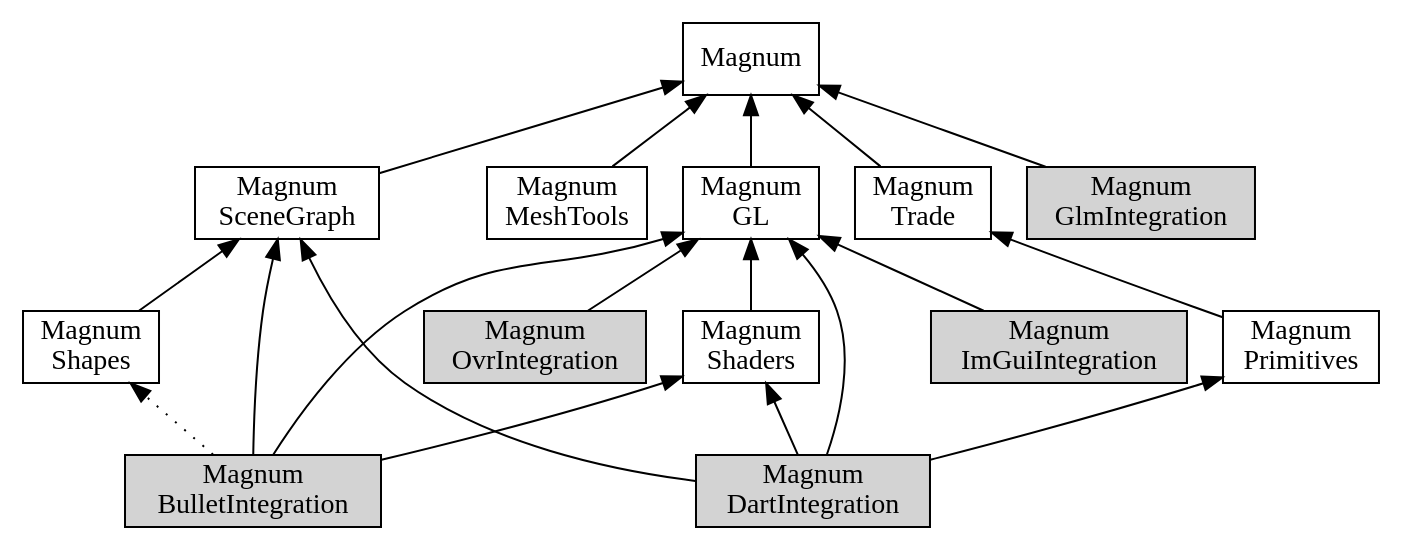
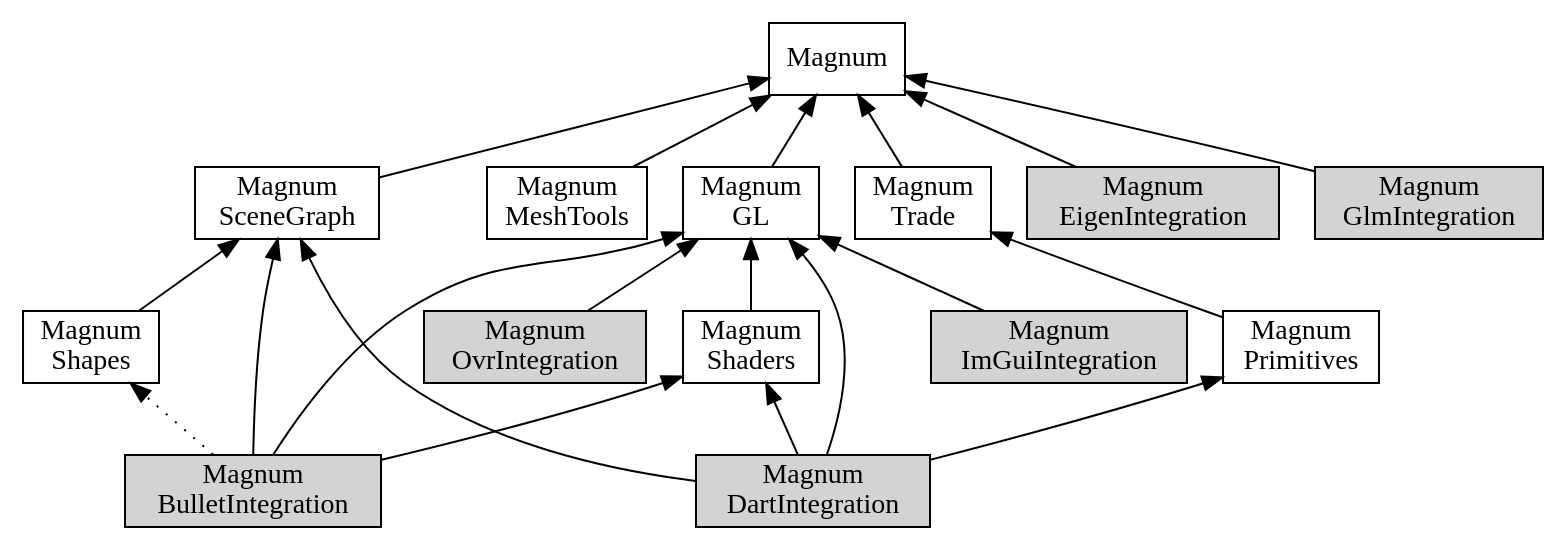
One commit to mosra/magnum-integration changed the diagram in doc/custom-buildsystems-integration-order.dot. Above: the diagram before and after it, drawn with Graphviz. The commit also changed 14 other files, not shown here.

Commit message:
New EigenIntegration library.

```diff
--- a/doc/custom-buildsystems-integration-order.dot
+++ b/doc/custom-buildsystems-integration-order.dot
@@ -1,67 +1,69 @@
 /*
     This file is part of Magnum.
 
     Copyright © 2010, 2011, 2012, 2013, 2014, 2015, 2016, 2017, 2018, 2019
               Vladimír Vondruš <mosra@centrum.cz>
 
     Permission is hereby granted, free of charge, to any person obtaining a
     copy of this software and associated documentation files (the "Software"),
     to deal in the Software without restriction, including without limitation
     the rights to use, copy, modify, merge, publish, distribute, sublicense,
     and/or sell copies of the Software, and to permit persons to whom the
     Software is furnished to do so, subject to the following conditions:
 
     The above copyright notice and this permission notice shall be included
     in all copies or substantial portions of the Software.
 
     THE SOFTWARE IS PROVIDED "AS IS", WITHOUT WARRANTY OF ANY KIND, EXPRESS OR
     IMPLIED, INCLUDING BUT NOT LIMITED TO THE WARRANTIES OF MERCHANTABILITY,
     FITNESS FOR A PARTICULAR PURPOSE AND NONINFRINGEMENT. IN NO EVENT SHALL
     THE AUTHORS OR COPYRIGHT HOLDERS BE LIABLE FOR ANY CLAIM, DAMAGES OR OTHER
     LIABILITY, WHETHER IN AN ACTION OF CONTRACT, TORT OR OTHERWISE, ARISING
     FROM, OUT OF OR IN CONNECTION WITH THE SOFTWARE OR THE USE OR OTHER
     DEALINGS IN THE SOFTWARE.
 */
 
 digraph "Magnum Integration dependency order" {
     rankdir=BT
     ranksep=0.5
     node [style=filled shape=rect margin="0.03,0.03"]
 
     Magnum [style=solid class="m-info"]
     MagnumGL [style=solid label="Magnum\nGL" class="m-info"]
     MagnumMeshTools [style=solid style=solid label="Magnum\nMeshTools" class="m-info"]
     MagnumPrimitives [style=solid label="Magnum\nPrimitives" class="m-info"]
     MagnumSceneGraph [style=solid label="Magnum\nSceneGraph" class="m-info"]
     MagnumShaders [style=solid label="Magnum\nShaders" class="m-info"]
     MagnumShapes [style=solid label="Magnum\nShapes" class="m-dim"]
     MagnumTrade [style=solid style=solid label="Magnum\nTrade" class="m-info"]
 
     MagnumBulletIntegration [label="Magnum\nBulletIntegration" class="m-info"]
+    MagnumEigenIntegration [label="Magnum\nEigenIntegration" class="m-info"]
     MagnumDartIntegration [label="Magnum\nDartIntegration" class="m-info"]
     MagnumGlmIntegration [label="Magnum\nGlmIntegration" class="m-info"]
     MagnumImGuiIntegration [label="Magnum\nImGuiIntegration" class="m-info"]
     MagnumOvrIntegration [label="Magnum\nOvrIntegration" class="m-info"]
 
     MagnumGL -> Magnum [class="m-info"]
     MagnumMeshTools -> Magnum [class="m-info"]
     MagnumPrimitives -> MagnumTrade [class="m-info"]
     MagnumSceneGraph -> Magnum [class="m-info"]
     MagnumShaders -> MagnumGL [class="m-info"]
     MagnumShapes -> MagnumSceneGraph [class="m-dim"]
     MagnumTrade -> Magnum [class="m-info"]
 
     MagnumBulletIntegration -> MagnumGL
     MagnumBulletIntegration -> MagnumSceneGraph
     MagnumBulletIntegration -> MagnumShaders
     MagnumBulletIntegration -> MagnumShapes [style=dotted class="m-dim"]
 
     MagnumDartIntegration -> MagnumGL
     MagnumDartIntegration -> MagnumPrimitives
     MagnumDartIntegration -> MagnumSceneGraph
     MagnumDartIntegration -> MagnumShaders
 
+    MagnumEigenIntegration -> Magnum
     MagnumGlmIntegration -> Magnum
     MagnumImGuiIntegration -> MagnumGL
     MagnumOvrIntegration -> MagnumGL
 }
```
